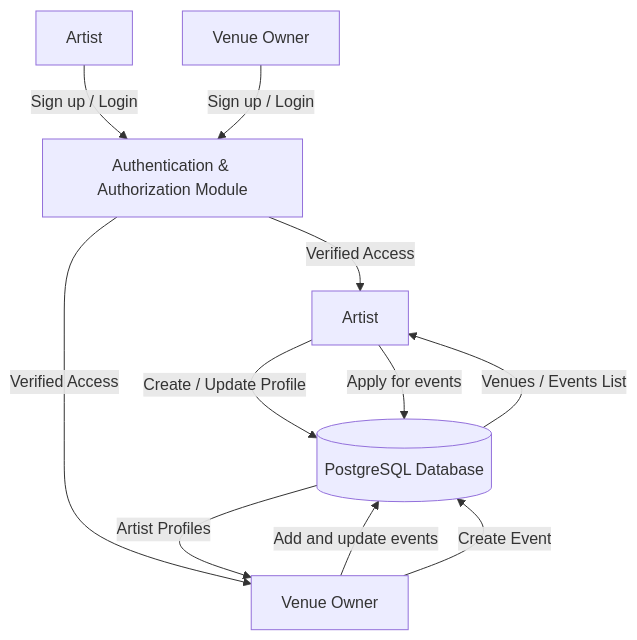
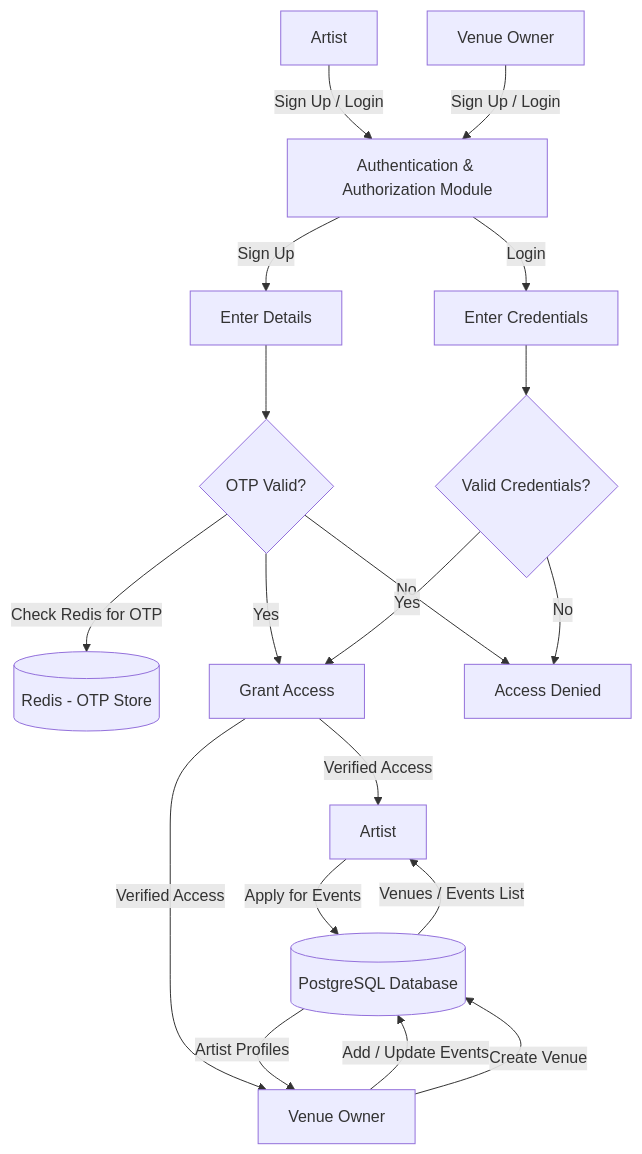
One commit to Vidit-GKMIT/artvenue-docs changed the second of 2 diagrams in docs/data_flow_diagram.md. Above: the diagram before and after it, drawn with Mermaid. The commit also changed other lines of this file and 9 other files, not shown here.

````diff
--- a/docs/data_flow_diagram.md
+++ b/docs/data_flow_diagram.md
@@ -22,23 +23,33 @@
 ```mermaid 
 flowchart TD
 
 %% ==== EXTERNAL ENTITIES ====
-A[Artist] -->|Sign up / Login | B1[Authentication & Authorization Module]
-V[Venue Owner] -->|Sign up / Login | B1
+A[Artist] -->|Sign Up / Login| B1[Authentication & Authorization Module]
+V[Venue Owner] -->|Sign Up / Login| B1
+
+%% ==== SIGN UP FLOW ====
+B1 -->|Sign Up| S1[Enter Details]
+S1 --> S5{OTP Valid?}
+S5 -->|Check Redis for OTP| R[(Redis - OTP Store)]
+S5 -- Yes --> GA[Grant Access]
+S5 -- No --> AD[Access Denied]
+
+%% ==== LOGIN FLOW ====
+B1 -->|Login| L1[Enter Credentials]
+L1 --> L2{Valid Credentials?}
+L2 -- Yes --> GA
+L2 -- No --> AD
 
 %% ==== MAIN PROCESSES ====
-B1 -->|Verified Access| B2[Artist]
-B1 -->|Verified Access| B3[Venue Owner]
+GA -->|Verified Access| B2[Artist]
+GA -->|Verified Access| B3[Venue Owner]
 
-B2 -->|Create / Update Profile| D[(PostgreSQL Database)]
-B2 -->| Apply for events | D[(PostgreSQL Database)]
-B3 -->|Add and update events| D
-
-B3 -->|Create Event| D[(PostgreSQL Database)]
+B2 -->|Apply for Events| D[(PostgreSQL Database)]
+B3 -->|Add / Update Events| D
+B3 -->|Create Venue| D
 
 %% ==== OUTPUT FLOWS ====
 D -->|Venues / Events List| B2
-D -->|Artist Profiles | B3
-
+D -->|Artist Profiles| B3
 
 ```
````
